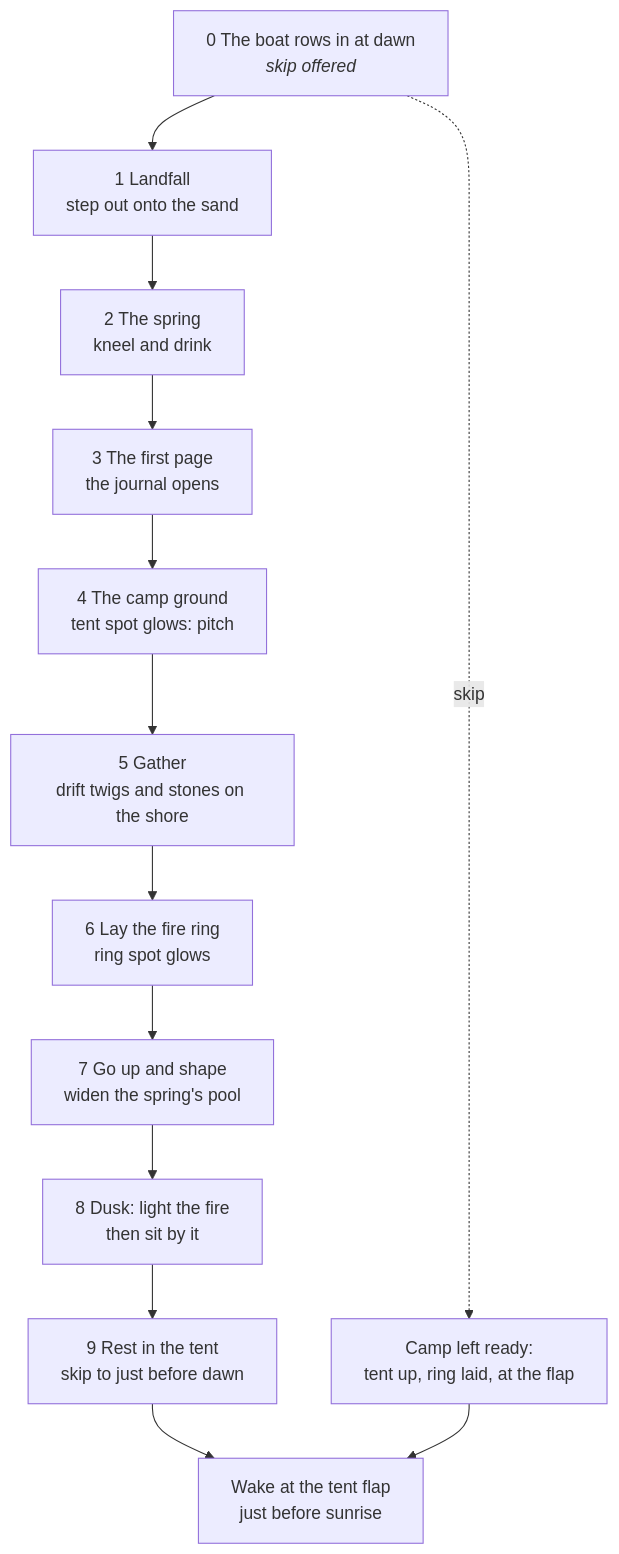
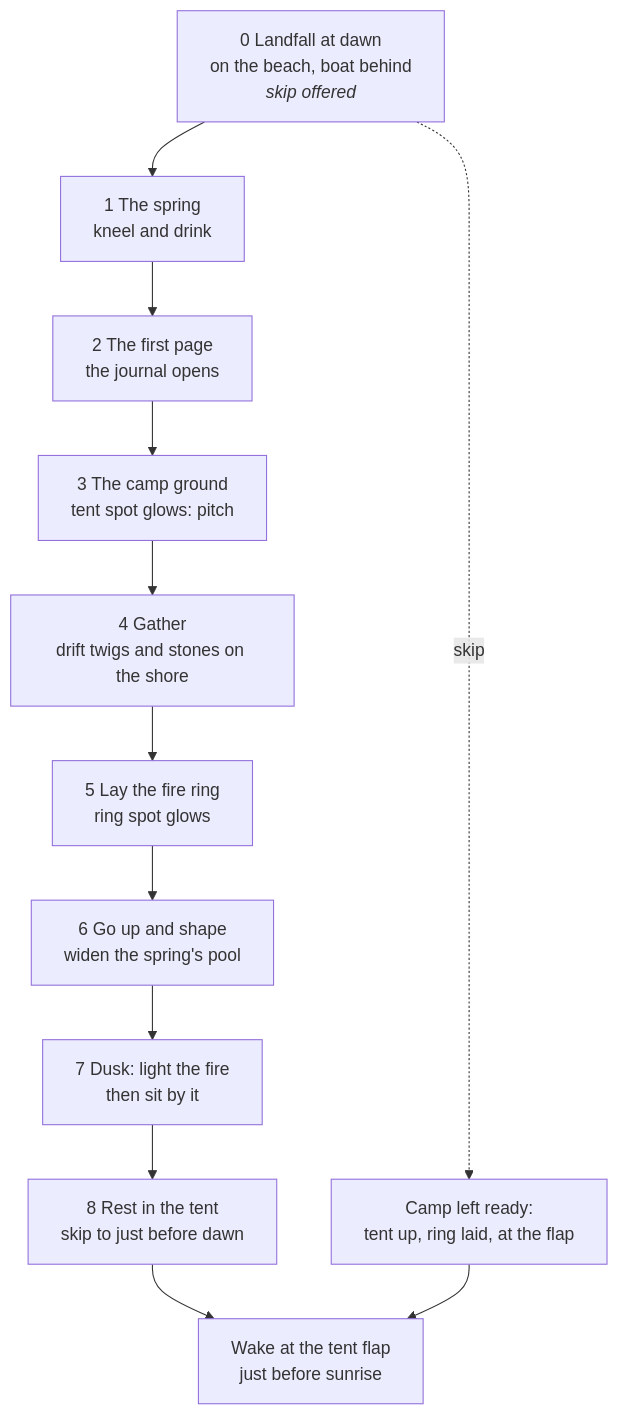
The first of 4 diagrams in docs/future/13-keepers-camp.md (mshomper/ebb), drawn with Mermaid before and after one commit. The commit also changed other lines of this file and 6 other files, not shown here.

First line of the commit message:
Docs: the first evening opens on the beach (Matt, no row-in)

````diff
--- a/docs/future/13-keepers-camp.md
+++ b/docs/future/13-keepers-camp.md
@@ -81,15 +81,15 @@
 ```mermaid
 flowchart TB
-  B0["0 The boat rows in at dawn<br/><i>skip offered</i>"] --> B1["1 Landfall<br/>step out onto the sand"]
-  B0 -. skip .-> SK["Camp left ready:<br/>tent up, ring laid, at the flap"]
-  B1 --> B2["2 The spring<br/>kneel and drink"]
-  B2 --> B3["3 The first page<br/>the journal opens"]
-  B3 --> B4["4 The camp ground<br/>tent spot glows: pitch"]
-  B4 --> B5["5 Gather<br/>drift twigs and stones on the shore"]
-  B5 --> B6["6 Lay the fire ring<br/>ring spot glows"]
-  B6 --> B7["7 Go up and shape<br/>widen the spring's pool"]
-  B7 --> B8["8 Dusk: light the fire<br/>then sit by it"]
-  B8 --> B9["9 Rest in the tent<br/>skip to just before dawn"]
+  B1["0 Landfall at dawn<br/>on the beach, boat behind<br/><i>skip offered</i>"]
+  B1 -. skip .-> SK["Camp left ready:<br/>tent up, ring laid, at the flap"]
+  B1 --> B2["1 The spring<br/>kneel and drink"]
+  B2 --> B3["2 The first page<br/>the journal opens"]
+  B3 --> B4["3 The camp ground<br/>tent spot glows: pitch"]
+  B4 --> B5["4 Gather<br/>drift twigs and stones on the shore"]
+  B5 --> B6["5 Lay the fire ring<br/>ring spot glows"]
+  B6 --> B7["6 Go up and shape<br/>widen the spring's pool"]
+  B7 --> B8["7 Dusk: light the fire<br/>then sit by it"]
+  B8 --> B9["8 Rest in the tent<br/>skip to just before dawn"]
   B9 --> R["Wake at the tent flap<br/>just before sunrise"]
   SK --> R
 ```
````
